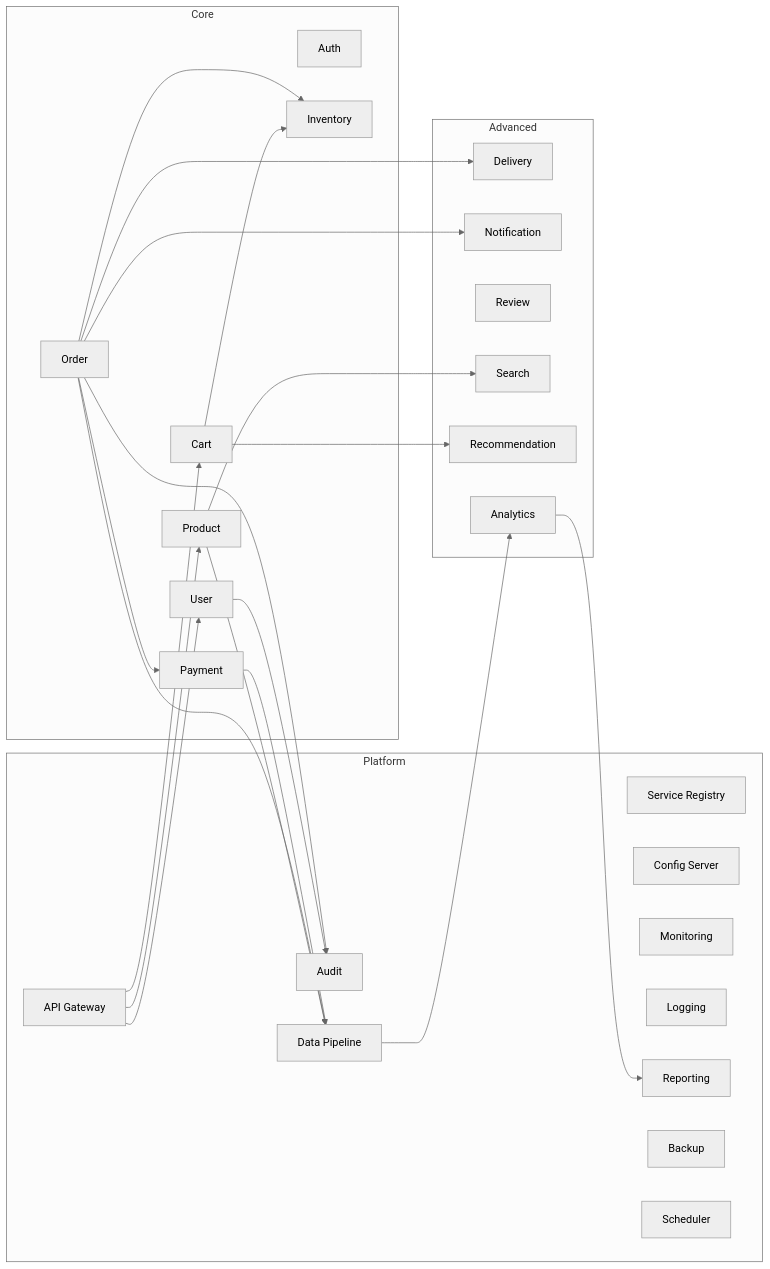
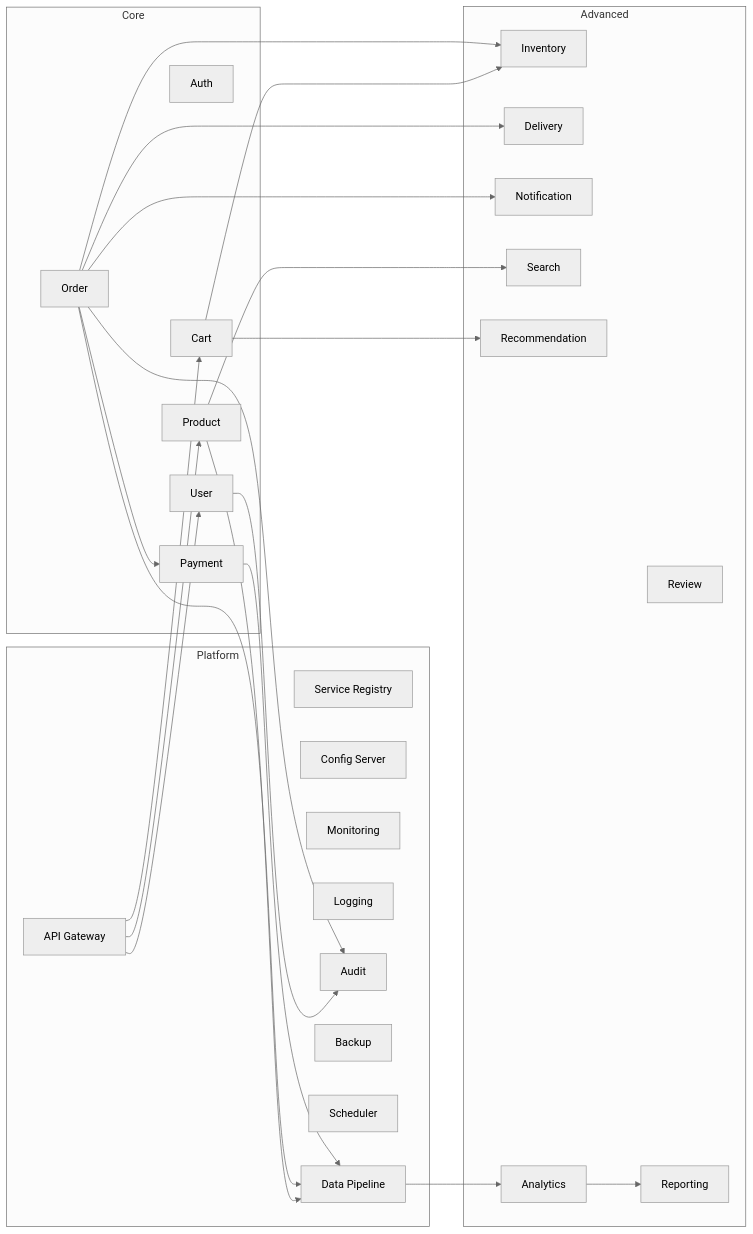
Before and after one commit to EMTIAZ-RUET/Ecommerce-Backend: the second of 3 diagrams in README.md, drawn with Mermaid (neutral theme). The commit also changed other lines of this file and 3 other files, not shown here.

````diff
--- a/README.md
+++ b/README.md
@@ -691,49 +713,72 @@
 ```mermaid
 graph LR
   subgraph Core
     US[User]
     AS[Auth]
     PR[Product]
-    IV[Inventory]
     CT[Cart]
     OR[Order]
     PM[Payment]
   end
   subgraph Advanced
+    IV[Inventory]
     DV[Delivery]
     NT[Notification]
     RV[Review]
     SR[Search]
     RC[Recommendation]
     AN[Analytics]
+    RP[Reporting]
   end
   subgraph Platform
     GW[API Gateway]
     RG[Service Registry]
     CF[Config Server]
     MN[Monitoring]
     LG[Logging]
-    RP[Reporting]
     AD[Audit]
     BK[Backup]
     SC[Scheduler]
     DP[Data Pipeline]
   end
   GW-->US
   GW-->PR
   GW-->CT
   CT-->IV
   OR-->PM
   OR-->IV
   OR-->DV
   PR-->SR
   CT-->RC
   OR-->NT
   DP-->AN
   PR-->DP
   OR-->DP
   PM-->DP
   AN-->RP
   US-->AD
   OR-->AD
+  click US "http://localhost:8080/api/users/" "Open User API via Gateway"
+  click AS "http://localhost:8080/api/auth/" "Open Auth API via Gateway"
+  click PR "http://localhost:8080/api/products/" "Open Product API via Gateway"
+  click CT "http://localhost:8080/api/cart/" "Open Cart API via Gateway"
+  click OR "http://localhost:8080/api/orders/" "Open Order API via Gateway"
+  click PM "http://localhost:8080/api/payments/" "Open Payment API via Gateway"
+  click IV "http://localhost:8080/api/inventory/" "Open Inventory API via Gateway"
+  click DV "http://localhost:8080/api/delivery/" "Open Delivery API via Gateway"
+  click NT "http://localhost:8080/api/notifications/" "Open Notification API via Gateway"
+  click RV "http://localhost:8080/api/reviews/" "Open Review API via Gateway"
+  click SR "http://localhost:8080/api/search/" "Open Search API via Gateway"
+  click RC "http://localhost:8080/api/recommendations/" "Open Recommendation API via Gateway"
+  click AN "http://localhost:8080/api/analytics/" "Open Analytics API via Gateway"
+  click RP "http://localhost:8080/api/reports/" "Open Reporting API via Gateway"
+  click GW "api-gateway/README.md" "API Gateway README"
+  click RG "service-registry/README.md" "Service Registry README"
+  click CF "config-server/README.md" "Config Server README"
+  click MN "monitoring-service/README.md" "Monitoring Service README"
+  click LG "logging-service/README.md" "Logging Service README"
+  click AD "audit-service/README.md" "Audit Service README"
+  click BK "backup-service/README.md" "Backup Service README"
+  click SC "scheduler-service/README.md" "Scheduler Service README"
+  click DP "http://localhost:8080/api/pipeline/" "Open Data Pipeline API via Gateway"
 ```
````
